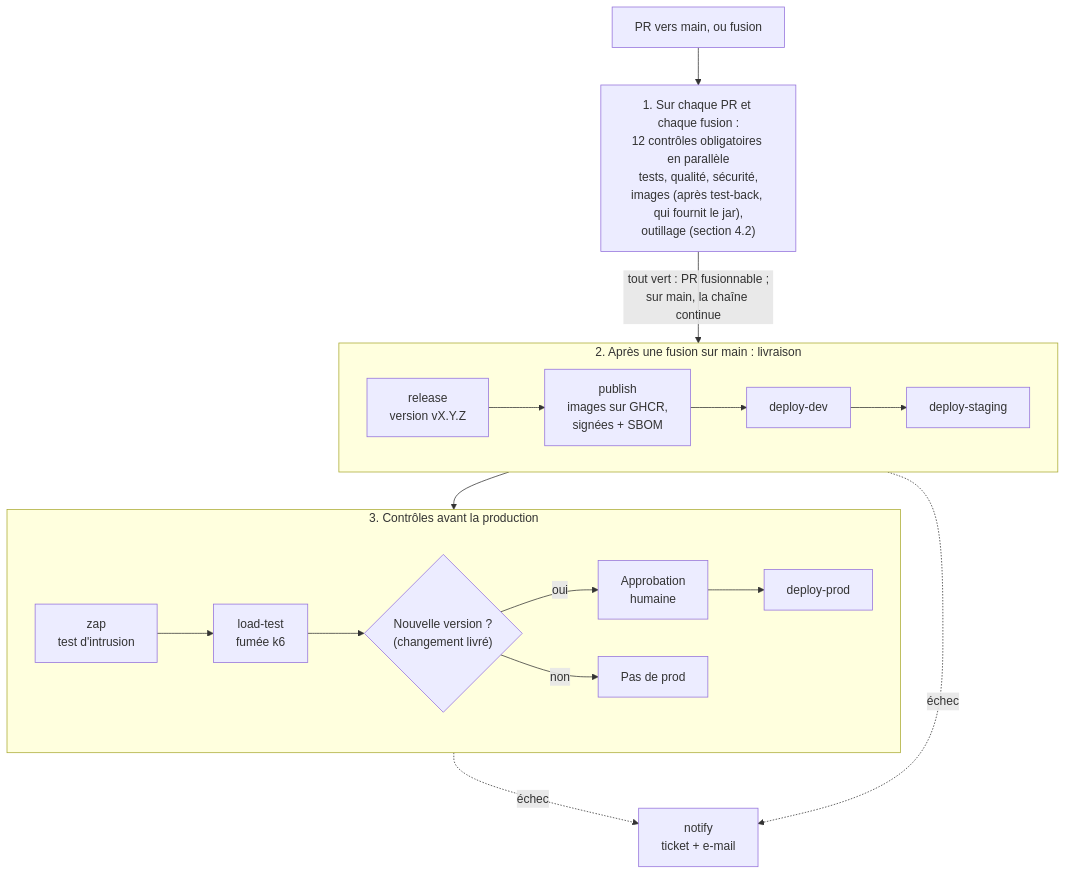
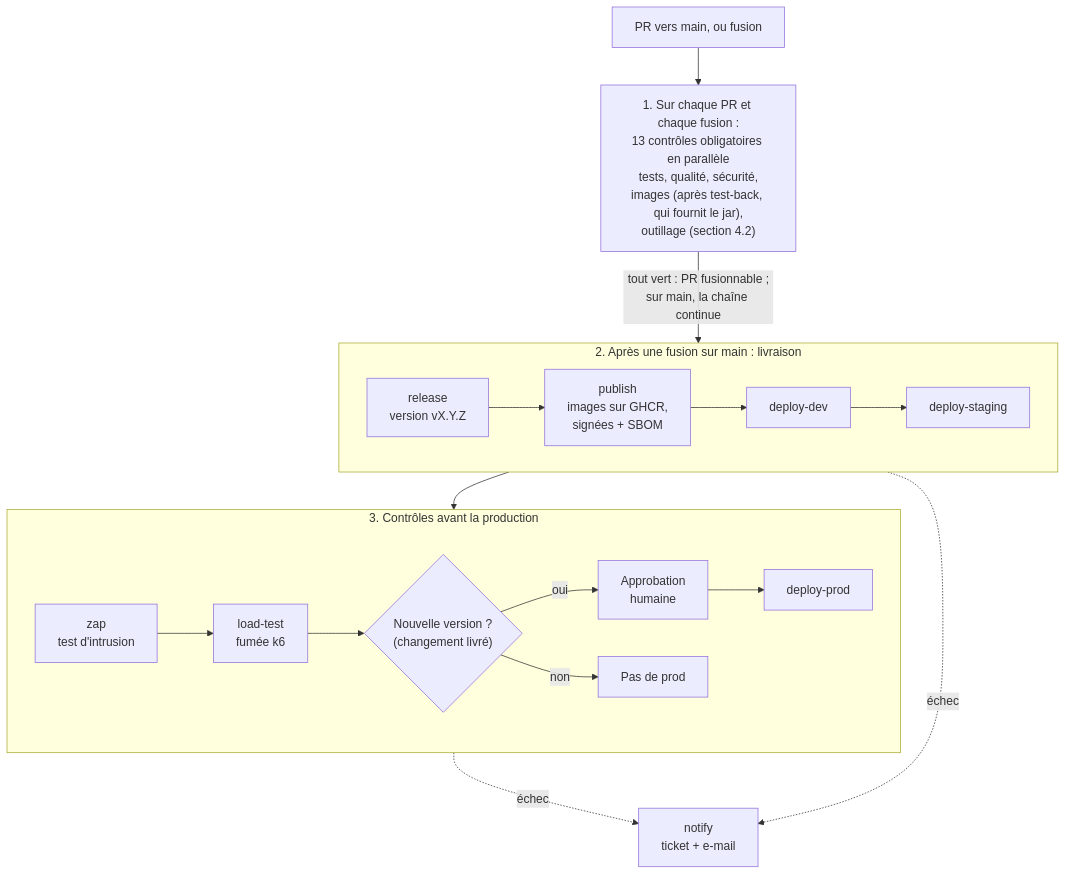
Before and after one commit to yohanbouchet/orion: the fourth of 5 diagrams in docs/03-documentation-ci-cd.md, drawn with Mermaid. The commit also changed other lines of this file and 6 other files, not shown here.

````diff
--- a/docs/03-documentation-ci-cd.md
+++ b/docs/03-documentation-ci-cd.md
@@ -457,19 +457,19 @@
 ```mermaid
 flowchart TB
     pr["PR vers main, ou fusion"] --> checks
-    checks["1. Sur chaque PR et chaque fusion :<br/>12 contrôles obligatoires en parallèle<br/>tests, qualité, sécurité,<br/>images (après test-back, qui fournit le jar),<br/>outillage (section 4.2)"]
+    checks["1. Sur chaque PR et chaque fusion :<br/>13 contrôles obligatoires en parallèle<br/>tests, qualité, sécurité,<br/>images (après test-back, qui fournit le jar),<br/>outillage (section 4.2)"]
     checks -->|"tout vert : PR fusionnable ;<br/>sur main, la chaîne continue"| rel
     subgraph liv["2. Après une fusion sur main : livraison"]
         direction LR
         rel["release<br/>version vX.Y.Z"] --> pub["publish<br/>images sur GHCR,<br/>signées + SBOM"] --> d1["deploy-dev"] --> d2["deploy-staging"]
     end
     d2 --> zap
     subgraph pre["3. Contrôles avant la production"]
         direction LR
         zap["zap<br/>test d'intrusion"] --> k6["load-test<br/>fumée k6"] --> gate{"Nouvelle version ?<br/>(changement livré)"}
         gate -->|"oui"| appr["Approbation<br/>humaine"] --> prod["deploy-prod"]
         gate -->|"non"| fin["Pas de prod"]
     end
     liv -.->|"échec"| notify["notify<br/>ticket + e-mail"]
     pre -.->|"échec"| notify
 ```
````
